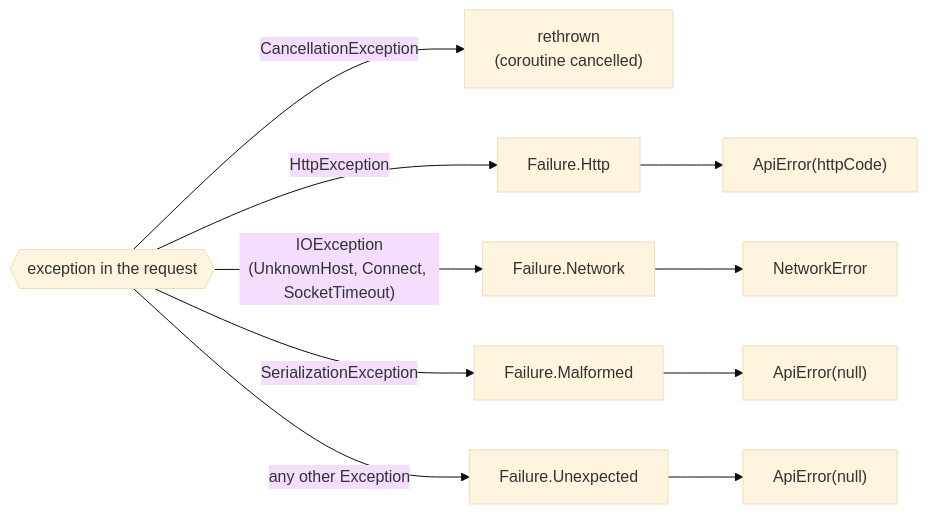
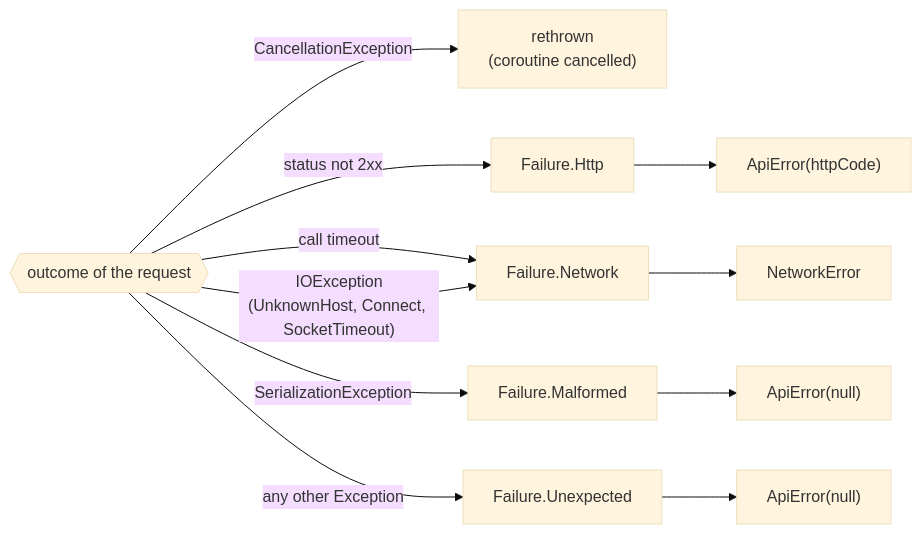
The third of 4 diagrams in docs/architecture.md (alexfin90/StackOverFlowAssignment), drawn with Mermaid (base theme) before and after one commit. The commit also changed other lines of this file and 16 other files, not shown here.

````diff
--- a/docs/architecture.md
+++ b/docs/architecture.md
@@ -66,13 +66,14 @@
 ```mermaid
 flowchart LR
-    ex{{"exception in the request"}}
+    ex{{"outcome of the request"}}
     ex -->|CancellationException| rethrow["rethrown<br/>(coroutine cancelled)"]
-    ex -->|HttpException| h["Failure.Http"]
+    ex -->|"status not 2xx"| h["Failure.Http"]
+    ex -->|"call timeout"| n
     ex -->|"IOException<br/>(UnknownHost, Connect, SocketTimeout)"| n["Failure.Network"]
     ex -->|SerializationException| m["Failure.Malformed"]
     ex -->|"any other Exception"| u["Failure.Unexpected"]
     h --> api1["ApiError(httpCode)"]
     n --> net["NetworkError"]
     m --> api2["ApiError(null)"]
     u --> api3["ApiError(null)"]
 ```
````
